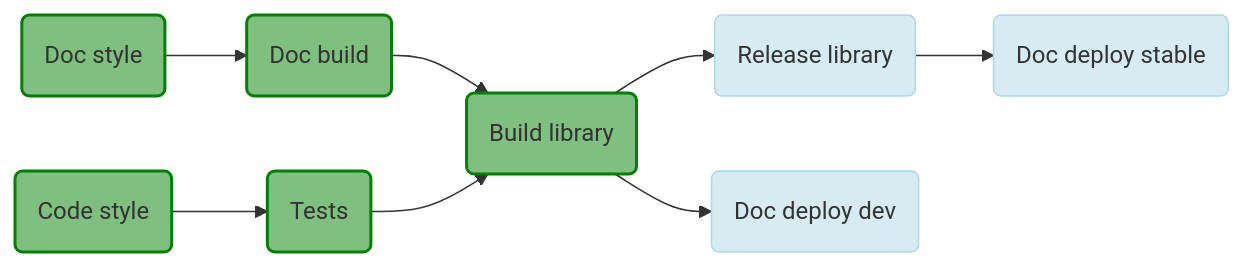
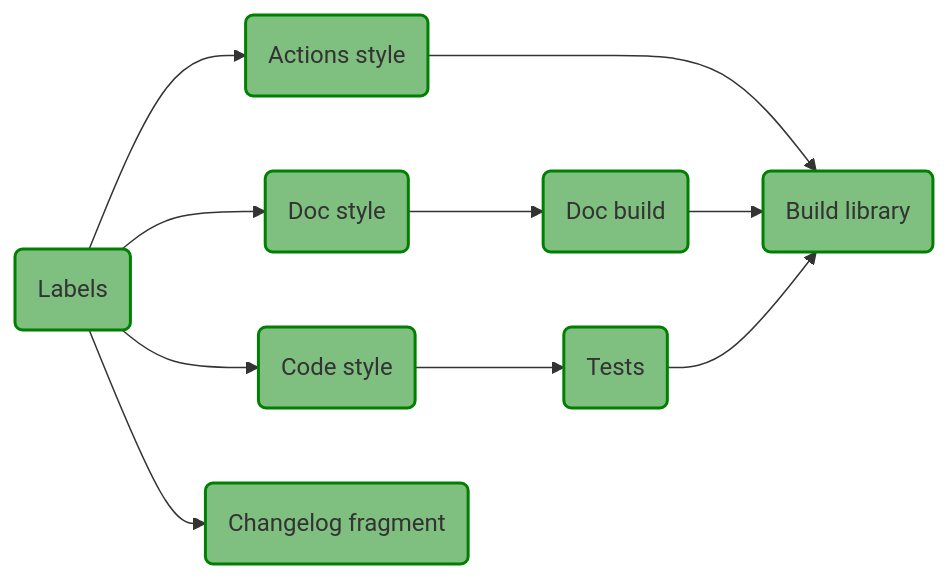
One commit to ansys/actions changed the first of 3 diagrams in README.md. Above: the diagram before and after it, drawn with Mermaid.

Commit message:
docs: update README.md diagrams

````diff
--- a/README.md
+++ b/README.md
@@ -33,12 +33,12 @@
 ```mermaid
 graph LR
-    A(Doc style) --> B(Doc build)
-    C(Code style) --> D(Tests)
-    B & D --> E(Build library) --> F(Release library) & H(Doc deploy dev)
-    F --> G(Doc deploy stable)
+    A(Labels) --> B(Doc style) & C(Code style) & D(Actions style)
+    A --> E(Changelog fragment)
+    B --> F(Doc build)
+    C --> G(Tests)
+    D ---> H
+    F & G --> H(Build library)
 
     classDef green fill:green, fill-opacity:0.5, stroke:green, stroke-width:2
-    class A,B,C,D,E green
-    classDef blue fill:lightblue, fill-opacity:0.5, stroke:lightblue
-    class F,H,G blue
+    class A,B,C,D,E,F,G,H green
 ```
````
